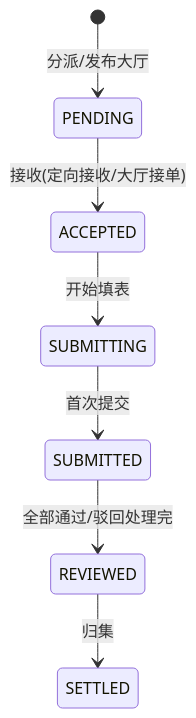
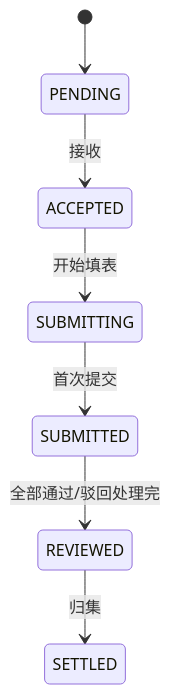
The fourth of 10 diagrams in docs/03-流程与状态流转.md (Echo-Note/FastapiAdmin), drawn with Mermaid before and after one commit. The commit also changed other lines of this file and 2 other files, not shown here.

````diff
--- a/docs/03-流程与状态流转.md
+++ b/docs/03-流程与状态流转.md
@@ -101,9 +107,9 @@
 ```mermaid
 stateDiagram-v2
-    [*] --> PENDING: 分派/发布大厅
-    PENDING --> ACCEPTED: 接收(定向接收/大厅接单)
+    [*] --> PENDING
+    PENDING --> ACCEPTED: 接收
     ACCEPTED --> SUBMITTING: 开始填表
     SUBMITTING --> SUBMITTED: 首次提交
     SUBMITTED --> REVIEWED: 全部通过/驳回处理完
     REVIEWED --> SETTLED: 归集
 ```
````
